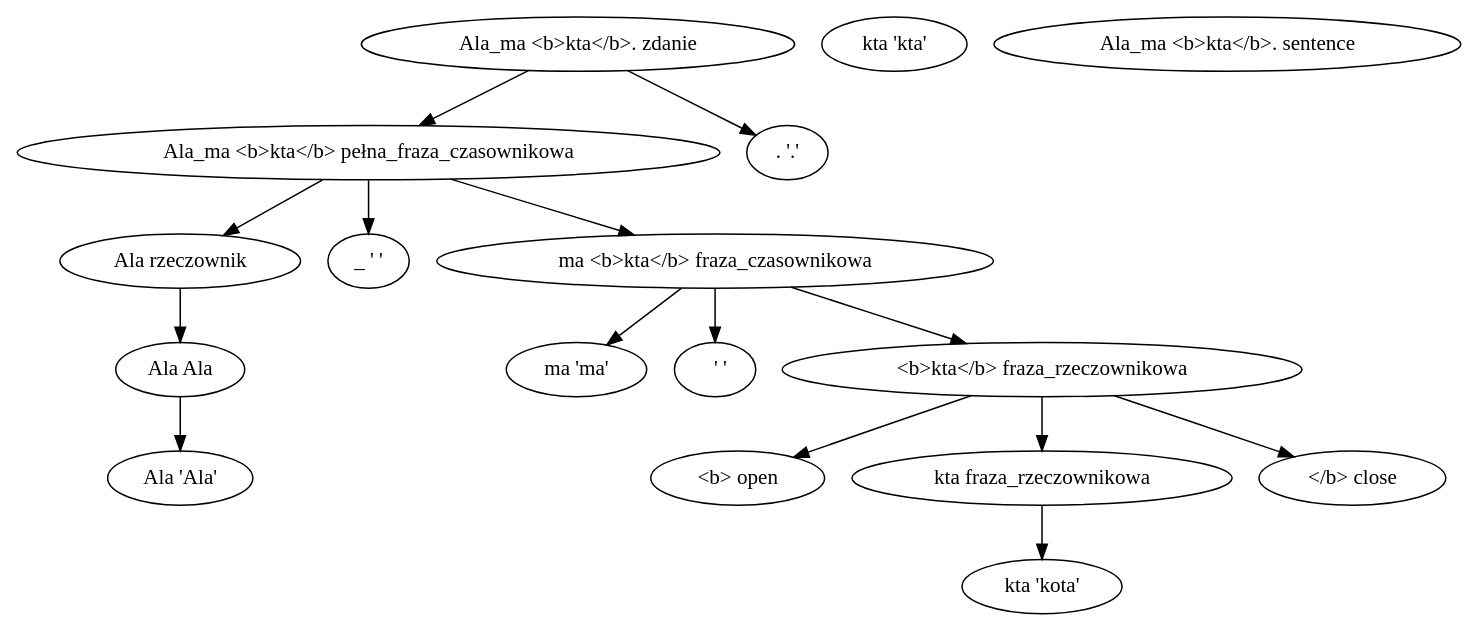
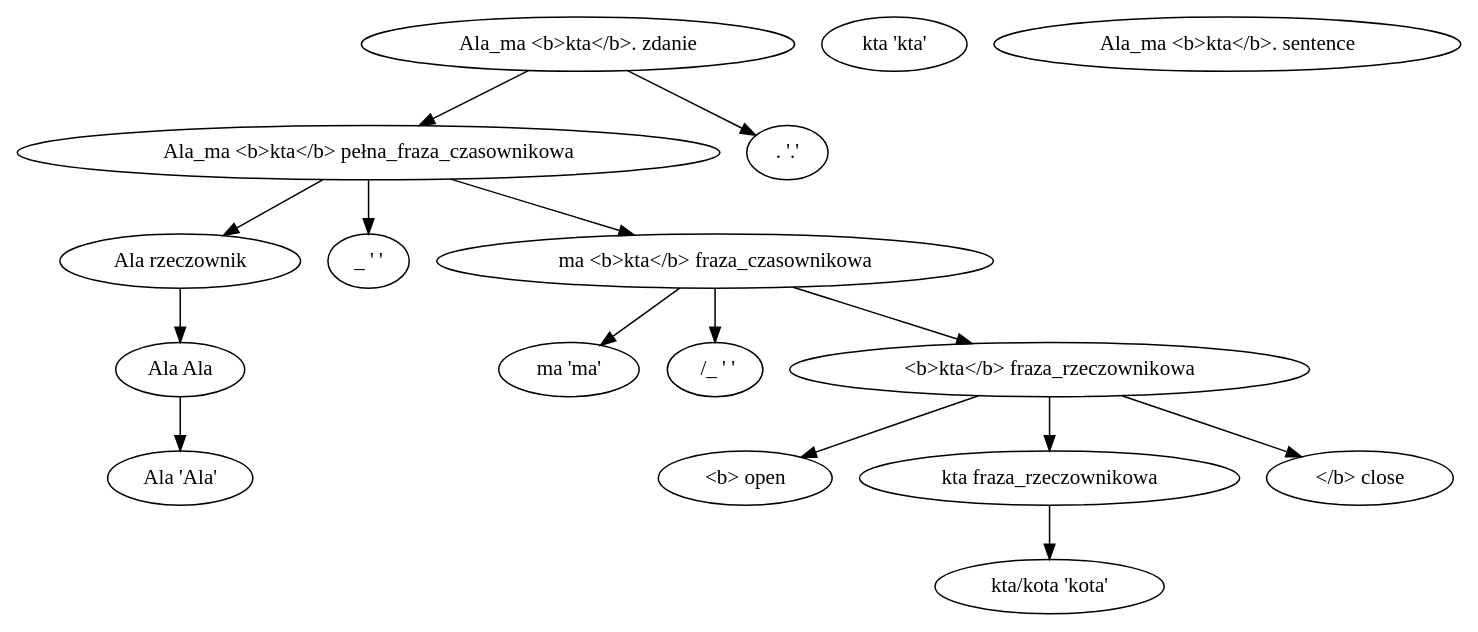
One commit to mareksz/psi-toolkit changed the diagram in formats/gv/m/tree/pl_sample_nocomments.out.dot. Above: the diagram before and after it, drawn with Graphviz. The commit also changed 7 other files, not shown here.

```diff
--- a/formats/gv/m/tree/pl_sample_nocomments.out.dot
+++ b/formats/gv/m/tree/pl_sample_nocomments.out.dot
@@ -1,35 +1,35 @@
 digraph g {
 	graph [rankdir=TB];
 	node [label="\N"];
 	1	 [label="Ala 'Ala'"];
 	2	 [label="Ala Ala"];
 	2 -> 1;
 	3	 [label="Ala rzeczownik"];
 	3 -> 2;
 	4	 [label="_ ' '"];
 	5	 [label="ma 'ma'"];
-	6	 [label="&nbsp; ' '"];
+	6	 [label="&nbsp;/_ ' '"];
 	7	 [label="<b> open"];
 	8	 [label="kta 'kta'"];
-	9	 [label="kta 'kota'"];
+	9	 [label="kta/kota 'kota'"];
 	10	 [label="kta fraza_rzeczownikowa"];
 	10 -> 9;
 	11	 [label="</b> close"];
 	12	 [label="<b>kta</b> fraza_rzeczownikowa"];
 	12 -> 7;
 	12 -> 10;
 	12 -> 11;
 	13	 [label="ma&nbsp;<b>kta</b> fraza_czasownikowa"];
 	13 -> 5;
 	13 -> 6;
 	13 -> 12;
 	14	 [label="Ala_ma&nbsp;<b>kta</b> pełna_fraza_czasownikowa"];
 	14 -> 3;
 	14 -> 4;
 	14 -> 13;
 	15	 [label=". '.'"];
 	16	 [label="Ala_ma&nbsp;<b>kta</b>. sentence"];
 	17	 [label="Ala_ma&nbsp;<b>kta</b>. zdanie"];
 	17 -> 14;
 	17 -> 15;
 }
```
